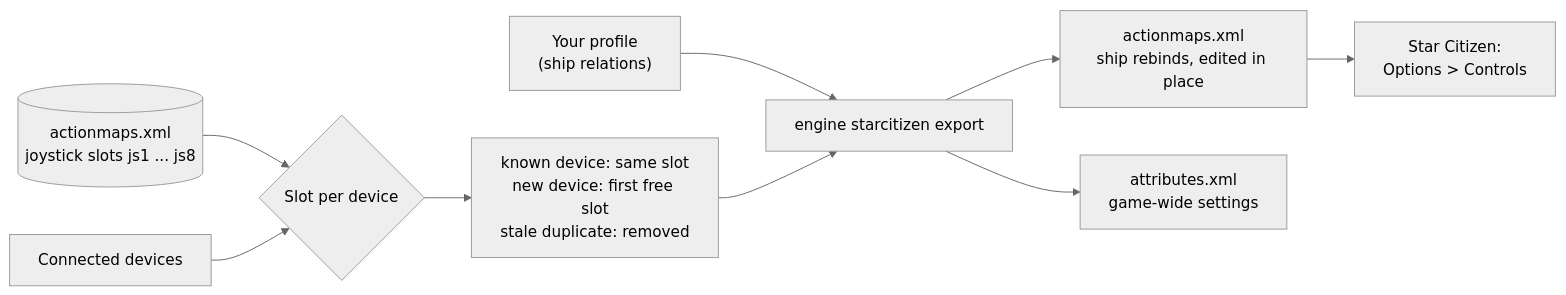
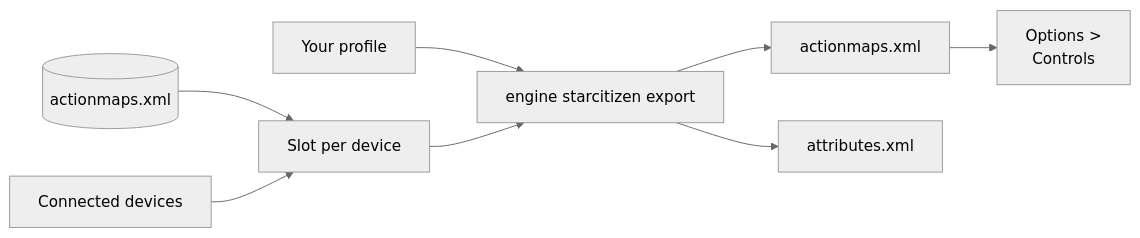
Before and after one commit to Holdi601/JoystickProfiler2: the diagram in website/content/games/starcitizen.md, drawn with Mermaid (neutral theme). The commit also changed other lines of this file and 718 other files, not shown here.

````diff
--- a/website/content/games/starcitizen.md
+++ b/website/content/games/starcitizen.md
@@ -20,11 +192,11 @@
 ```mermaid
+%% caption: A known device keeps its joystick slot (js1 ... js8 in actionmaps.xml). A new device gets the first free slot; a stale duplicate is removed. The ship rebinds are edited in place, the game-wide settings go to attributes.xml.
 flowchart LR
-  P["Your profile<br/>(ship relations)"] --> E["engine starcitizen export"]
-  A[("actionmaps.xml<br/>joystick slots js1 ... js8")] --> S{"Slot per device"}
+  A[("actionmaps.xml")] --> S["Slot per device"]
   D["Connected devices"] --> S
-  S --> R["known device: same slot<br/>new device: first free slot<br/>stale duplicate: removed"]
-  R --> E
-  E --> X["actionmaps.xml<br/>ship rebinds, edited in place"]
-  E --> T["attributes.xml<br/>game-wide settings"]
-  X --> G["Star Citizen:<br/>Options > Controls"]
+  P["Your profile"] --> E["engine starcitizen export"]
+  S --> E
+  E --> X["actionmaps.xml"]
+  E --> T["attributes.xml"]
+  X --> G["Options ><br/>Controls"]
 ```
````
